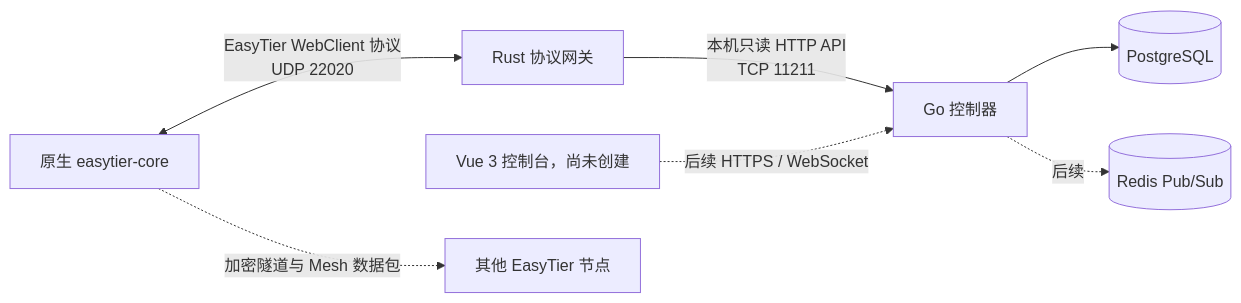
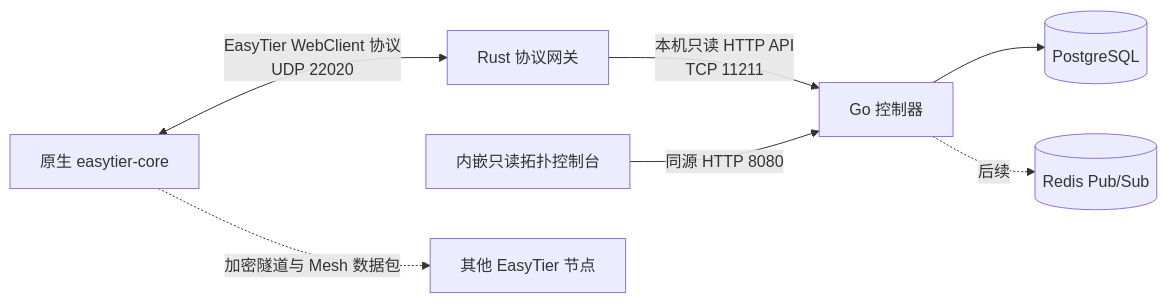
One commit to WuYouOwO/NexusTier changed the diagram in docs/README.md. Above: the diagram before and after it, drawn with Mermaid. The commit also changed other lines of this file and 6 other files, not shown here.

````diff
--- a/docs/README.md
+++ b/docs/README.md
@@ -25,10 +25,10 @@
 ```mermaid
 flowchart LR
     Core[原生 easytier-core] <-->|EasyTier WebClient 协议<br/>UDP 22020| Gateway[Rust 协议网关]
     Gateway -->|本机只读 HTTP API<br/>TCP 11211| Go[Go 控制器]
     Go --> DB[(PostgreSQL)]
+    Web[内嵌只读拓扑控制台] -->|同源 HTTP 8080| Go
     Go -. 后续 .-> Redis[(Redis Pub/Sub)]
-    Web[Vue 3 控制台，尚未创建] -. 后续 HTTPS / WebSocket .-> Go
 
     Core -. 加密隧道与 Mesh 数据包 .-> Peers[其他 EasyTier 节点]
 ```
````
